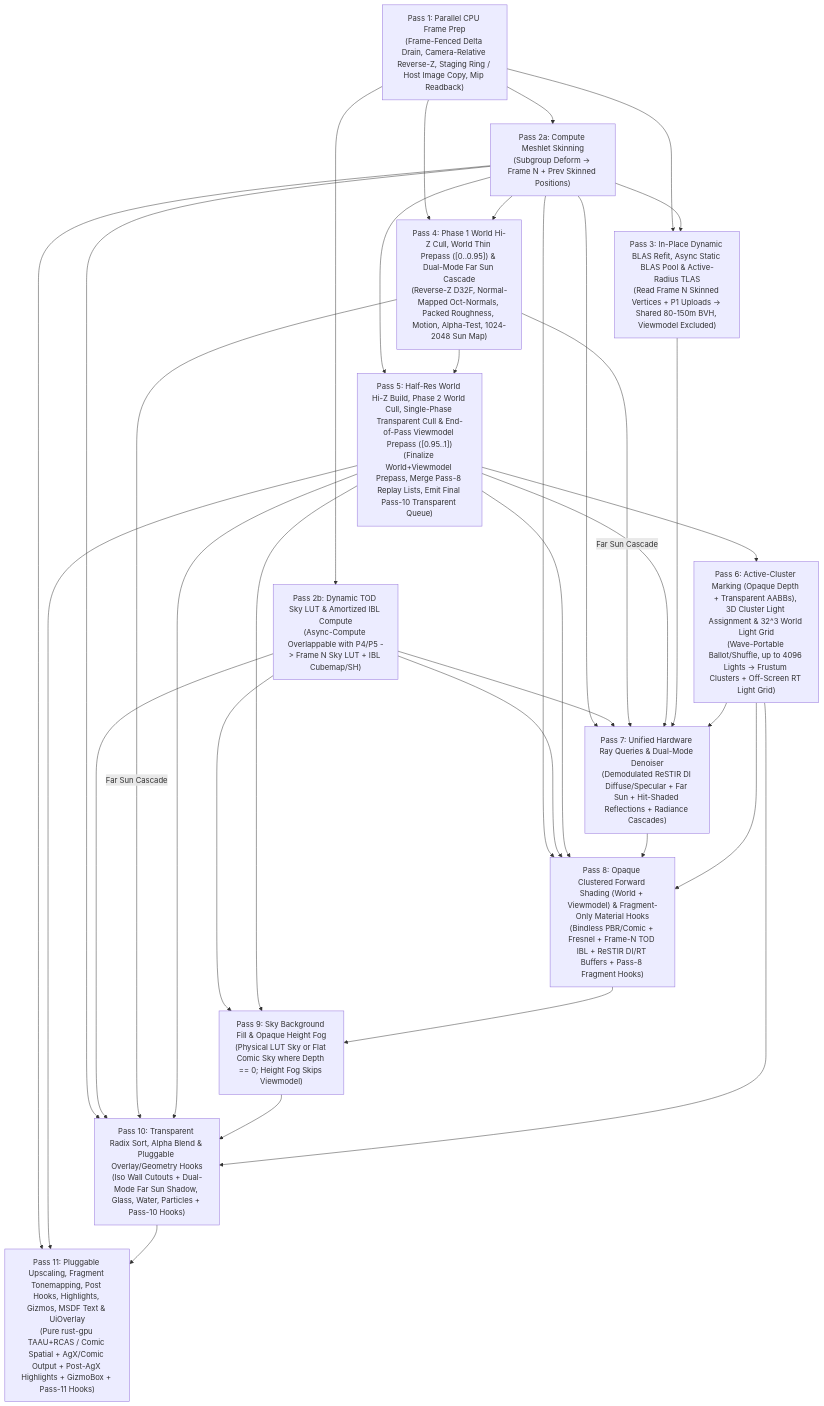
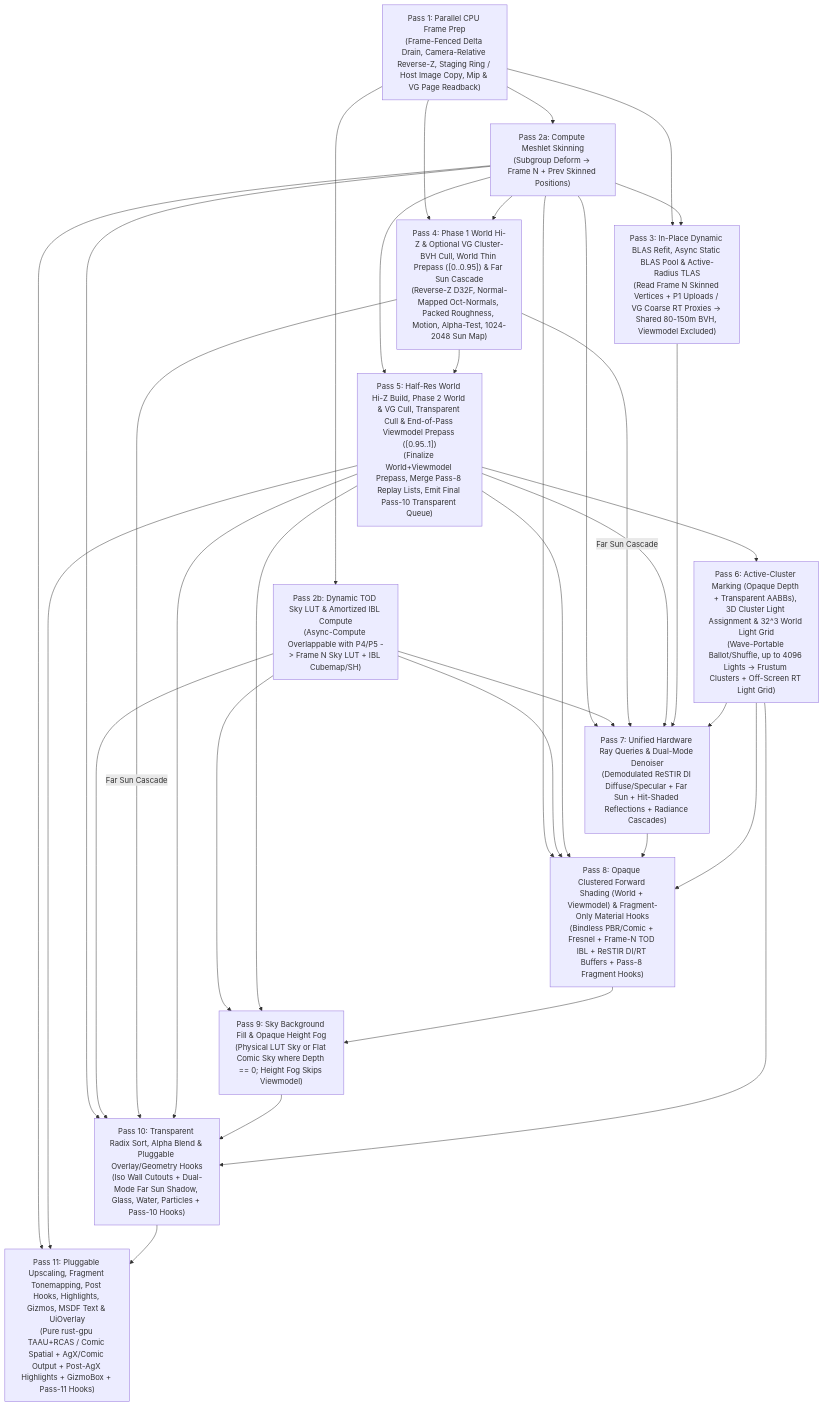
The diagram in docs/graphics-architecture.md (dragon-engine/dragon-engine), drawn with Mermaid before and after one commit. The commit also changed other lines of this file and 3 other files, not shown here.

First line of the commit message:
Document virtual geometry tiers in graphics docs

````diff
--- a/docs/graphics-architecture.md
+++ b/docs/graphics-architecture.md
@@ -45,48 +45,48 @@
 ```mermaid
 flowchart TD
-    P1["Pass 1: Parallel CPU Frame Prep\n(Frame-Fenced Delta Drain, Camera-Relative Reverse-Z, Staging Ring / Host Image Copy, Mip Readback)"]
+    P1["Pass 1: Parallel CPU Frame Prep\n(Frame-Fenced Delta Drain, Camera-Relative Reverse-Z, Staging Ring / Host Image Copy, Mip & VG Page Readback)"]
     P2A["Pass 2a: Compute Meshlet Skinning\n(Subgroup Deform -> Frame N + Prev Skinned Positions)"]
     P2B["Pass 2b: Dynamic TOD Sky LUT & Amortized IBL Compute\n(Async-Compute Overlappable with P4/P5 -> Frame N Sky LUT + IBL Cubemap/SH)"]
-    P3["Pass 3: In-Place Dynamic BLAS Refit, Async Static BLAS Pool & Active-Radius TLAS\n(Read Frame N Skinned Vertices + P1 Uploads -> Shared 80-150m BVH, Viewmodel Excluded)"]
-    P4["Pass 4: Phase 1 World Hi-Z Cull, World Thin Prepass ([0..0.95]) & Dual-Mode Far Sun Cascade\n(Reverse-Z D32F, Normal-Mapped Oct-Normals, Packed Roughness, Motion, Alpha-Test, 1024-2048 Sun Map)"]
-    P5["Pass 5: Half-Res World Hi-Z Build, Phase 2 World Cull, Single-Phase Transparent Cull & End-of-Pass Viewmodel Prepass ([0.95..1])\n(Finalize World+Viewmodel Prepass, Merge Pass-8 Replay Lists, Emit Final Pass-10 Transparent Queue)"]
+    P3["Pass 3: In-Place Dynamic BLAS Refit, Async Static BLAS Pool & Active-Radius TLAS\n(Read Frame N Skinned Vertices + P1 Uploads / VG Coarse RT Proxies -> Shared 80-150m BVH, Viewmodel Excluded)"]
+    P4["Pass 4: Phase 1 World Hi-Z & Optional VG Cluster-BVH Cull, World Thin Prepass ([0..0.95]) & Far Sun Cascade\n(Reverse-Z D32F, Normal-Mapped Oct-Normals, Packed Roughness, Motion, Alpha-Test, 1024-2048 Sun Map)"]
+    P5["Pass 5: Half-Res World Hi-Z Build, Phase 2 World & VG Cull, Transparent Cull & End-of-Pass Viewmodel Prepass ([0.95..1])\n(Finalize World+Viewmodel Prepass, Merge Pass-8 Replay Lists, Emit Final Pass-10 Transparent Queue)"]
     P6["Pass 6: Active-Cluster Marking (Opaque Depth + Transparent AABBs), 3D Cluster Light Assignment & 32^3 World Light Grid\n(Wave-Portable Ballot/Shuffle, up to 4096 Lights -> Frustum Clusters + Off-Screen RT Light Grid)"]
     P7["Pass 7: Unified Hardware Ray Queries & Dual-Mode Denoiser\n(Demodulated ReSTIR DI Diffuse/Specular + Far Sun + Hit-Shaded Reflections + Radiance Cascades)"]
     P8["Pass 8: Opaque Clustered Forward Shading (World + Viewmodel) & Fragment-Only Material Hooks\n(Bindless PBR/Comic + Fresnel + Frame-N TOD IBL + ReSTIR DI/RT Buffers + Pass-8 Fragment Hooks)"]
     P9["Pass 9: Sky Background Fill & Opaque Height Fog\n(Physical LUT Sky or Flat Comic Sky where Depth == 0; Height Fog Skips Viewmodel)"]
     P10["Pass 10: Transparent Radix Sort, Alpha Blend & Pluggable Overlay/Geometry Hooks\n(Iso Wall Cutouts + Dual-Mode Far Sun Shadow, Glass, Water, Particles + Pass-10 Hooks)"]
     P11["Pass 11: Pluggable Upscaling, Fragment Tonemapping, Post Hooks, Highlights, Gizmos, MSDF Text & UiOverlay\n(Pure rust-gpu TAAU+RCAS / Comic Spatial + AgX/Comic Output + Post-AgX Highlights + GizmoBox + Pass-11 Hooks)"]
 
     P1 --> P2A
     P1 --> P2B
     P1 --> P3
     P1 --> P4
     P2A --> P3
     P2A --> P4
     P2A --> P5
     P2A --> P7
     P2A --> P8
     P2A --> P10
     P2A --> P11
     P2B --> P7
     P2B --> P8
     P2B --> P9
     P2B --> P10
     P4 --> P5
     P4 -->|Far Sun Cascade| P7
     P4 -->|Far Sun Cascade| P10
     P5 --> P6
     P5 --> P7
     P5 --> P8
     P5 --> P9
     P5 --> P10
     P5 --> P11
     P3 --> P7
     P6 --> P7
     P7 --> P8
     P6 --> P8
     P8 --> P9
     P9 --> P10
     P6 --> P10
     P10 --> P11
 ```
````
